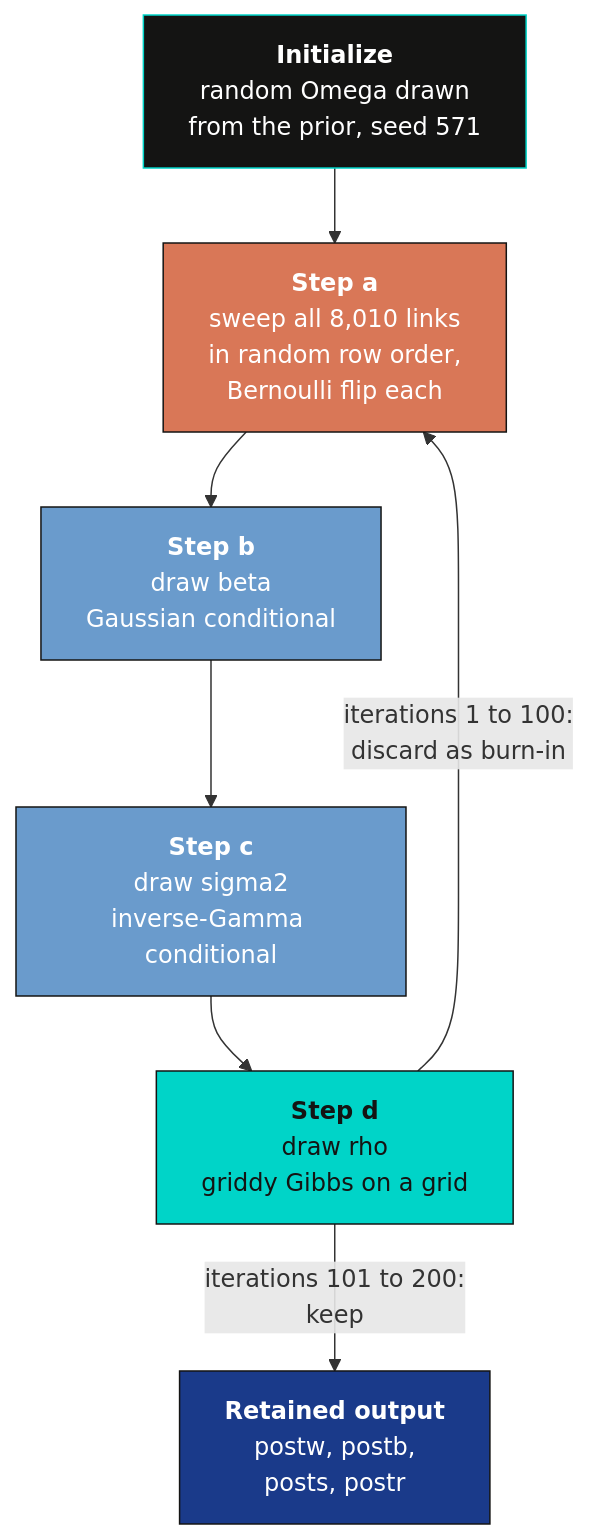
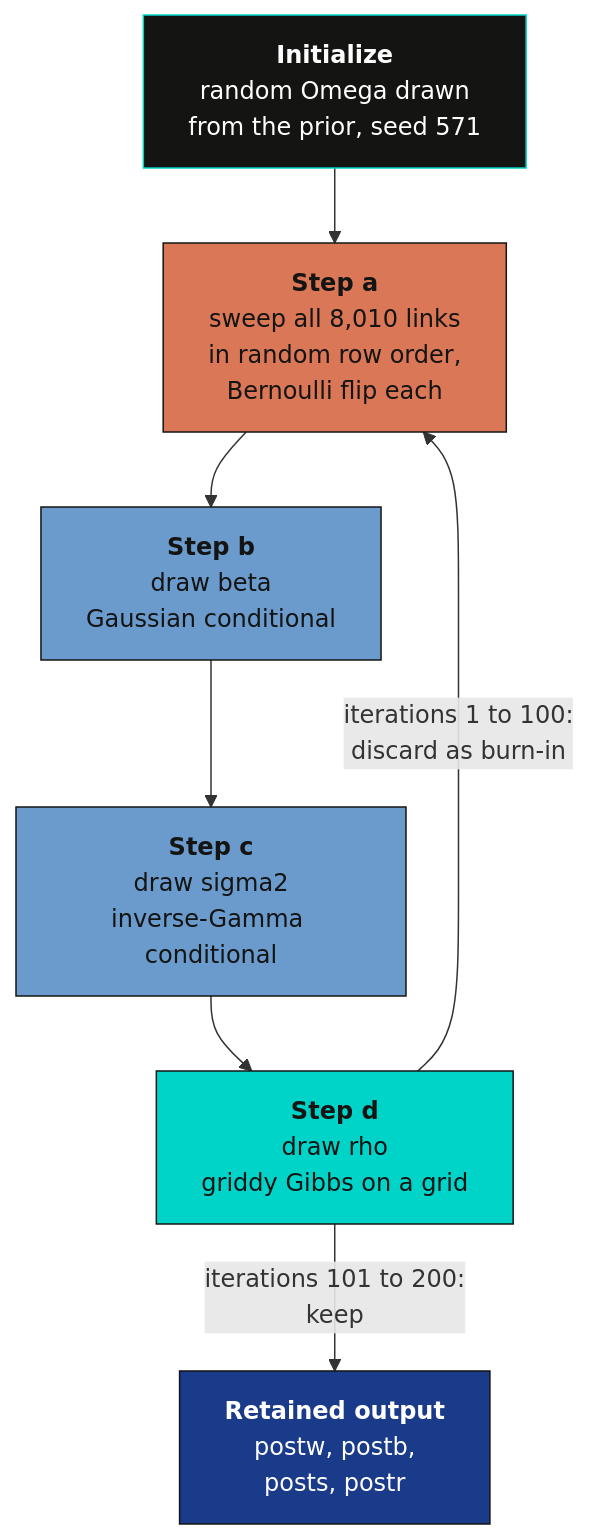
The third of 4 diagrams in content/post/r_estimateW/index.md (cmg777/starter-academic-v501), drawn with Mermaid before and after one commit. The commit also changed other lines of this file and 67 other files, not shown here.

First line of the commit message:
fix(mermaid): readable diagram text in both themes across the site

````diff
--- a/content/post/r_estimateW/index.md
+++ b/content/post/r_estimateW/index.md
@@ -561,16 +561,16 @@
 ```mermaid
 graph TD
     S["<b>Initialize</b><br/>random Omega drawn<br/>from the prior, seed 571"] --> A["<b>Step a</b><br/>sweep all 8,010 links<br/>in random row order,<br/>Bernoulli flip each"]
     A --> B["<b>Step b</b><br/>draw beta<br/>Gaussian conditional"]
     B --> C["<b>Step c</b><br/>draw sigma2<br/>inverse-Gamma conditional"]
     C --> D["<b>Step d</b><br/>draw rho<br/>griddy Gibbs on a grid"]
     D -->|"iterations 1 to 100:<br/>discard as burn-in"| A
     D -->|"iterations 101 to 200:<br/>keep"| K["<b>Retained output</b><br/>postw, postb,<br/>posts, postr"]
 
     style S fill:#141413,stroke:#00d4c8,color:#fff
-    style A fill:#d97757,stroke:#141413,color:#fff
-    style B fill:#6a9bcc,stroke:#141413,color:#fff
-    style C fill:#6a9bcc,stroke:#141413,color:#fff
+    style A fill:#d97757,stroke:#141413,color:#141413
+    style B fill:#6a9bcc,stroke:#141413,color:#141413
+    style C fill:#6a9bcc,stroke:#141413,color:#141413
     style D fill:#00d4c8,stroke:#141413,color:#141413
     style K fill:#1a3a8a,stroke:#141413,color:#fff
 ```
````
